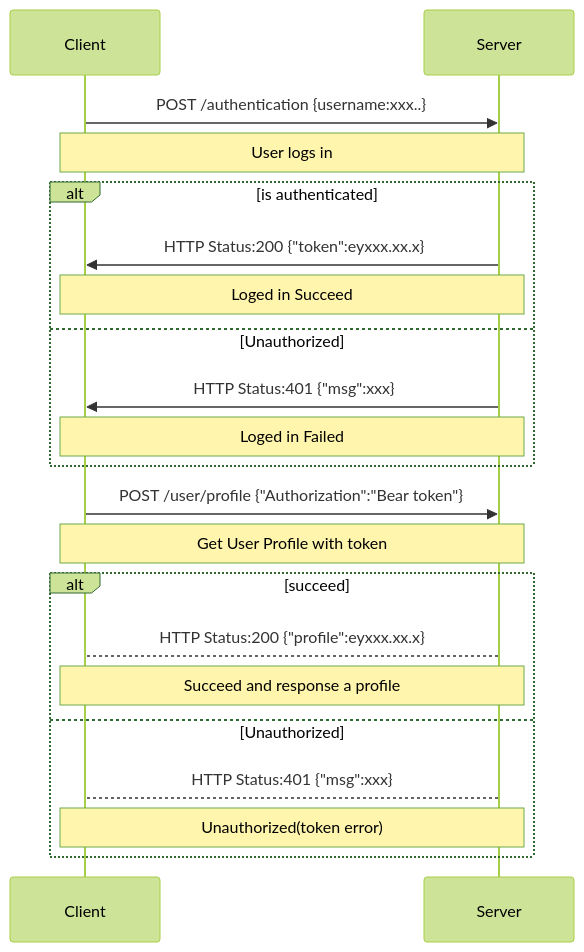
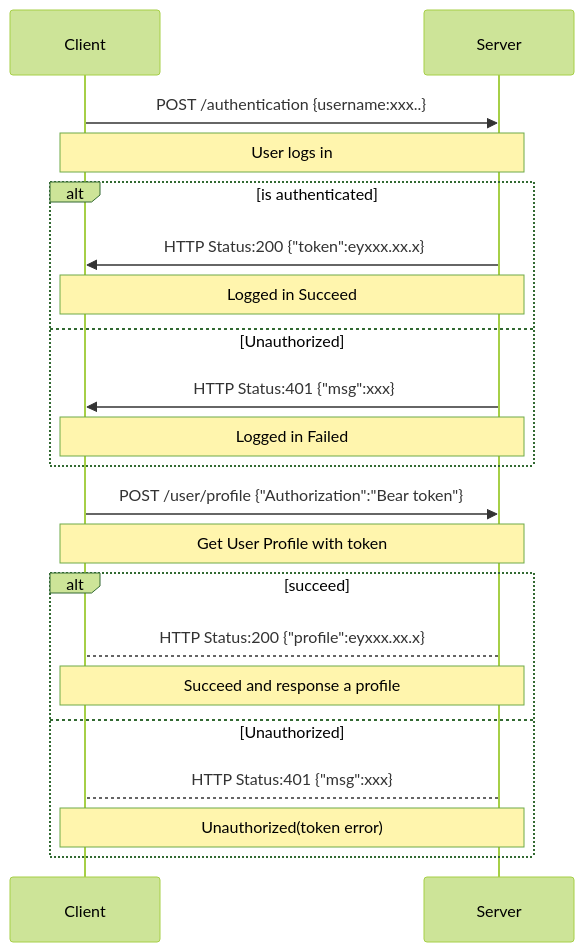
The diagram in content/archives/note/jwt-note.md (RyanTokManMokMTM/RyanTokManMokMTM.github.io), drawn with Mermaid (forest theme) before and after one commit. The commit also changed other lines of this file and 648 other files, not shown here.

````diff
--- a/content/archives/note/jwt-note.md
+++ b/content/archives/note/jwt-note.md
@@ -81,21 +81,21 @@
 ```mermaid { bc="#eee" }
 sequenceDiagram
     Client->>Server:POST /authentication {username:xxx..}
     Note over Client,Server: User logs in
     alt is authenticated
     Server->>Client:HTTP Status:200 {"token":eyxxx.xx.x}
-    Note over Server,Client: Loged in Succeed
+    Note over Server,Client: Logged in Succeed
     else Unauthorized
     Server->>Client: HTTP Status:401 {"msg":xxx}
-    Note over Server,Client: Loged in Failed
+    Note over Server,Client: Logged in Failed
     end
-    Client->>Server: POST /user/profile {"Authorization":"Bear token"} 
+    Client->>Server: POST /user/profile {"Authorization":"Bear token"}
     Note over Server,Client: Get User Profile with token
     alt succeed
     Server-->Client: HTTP Status:200 {"profile":eyxxx.xx.x}
     Note over Server,Client: Succeed and response a profile
     else Unauthorized
     Server-->Client: HTTP Status:401 {"msg":xxx}
 	Note over Server,Client: Unauthorized(token error)
     end
 ```
````
